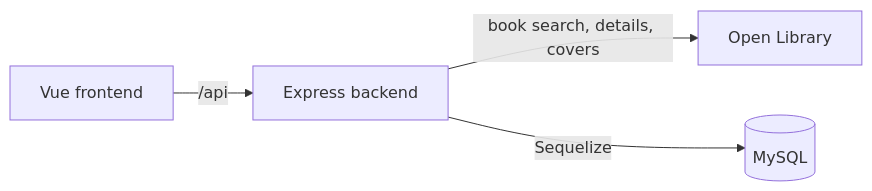
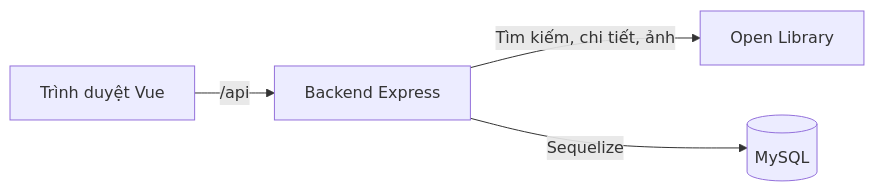
Before and after one commit to Ngoquyen07/bookmg-workspace: the first of 2 diagrams in README.md, drawn with Mermaid. The commit also changed other lines of this file, not shown here.

````diff
--- a/README.md
+++ b/README.md
@@ -32,6 +158,6 @@
 ```mermaid
 flowchart LR
-    Browser[Vue frontend] -->|/api| Express[Express backend]
-    Express -->|book search, details, covers| OpenLibrary[Open Library]
+    Browser[Trình duyệt Vue] -->|/api| Express[Backend Express]
+    Express -->|Tìm kiếm, chi tiết, ảnh| OpenLibrary[Open Library]
     Express -->|Sequelize| MySQL[(MySQL)]
 ```
````
